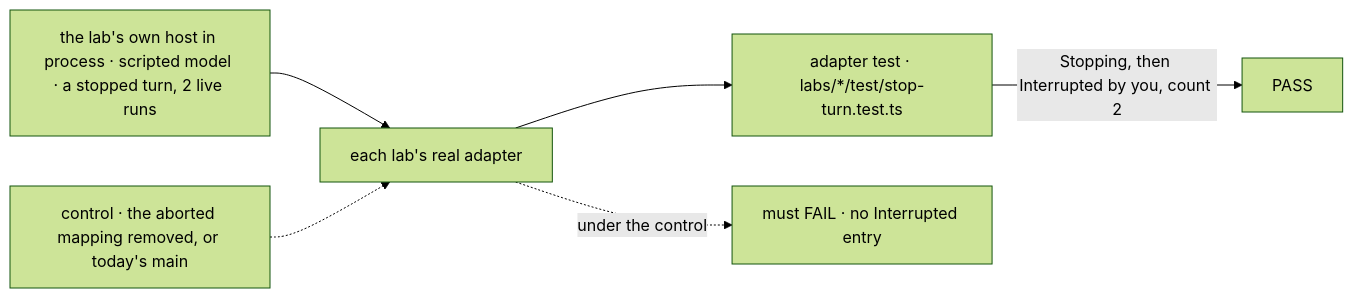
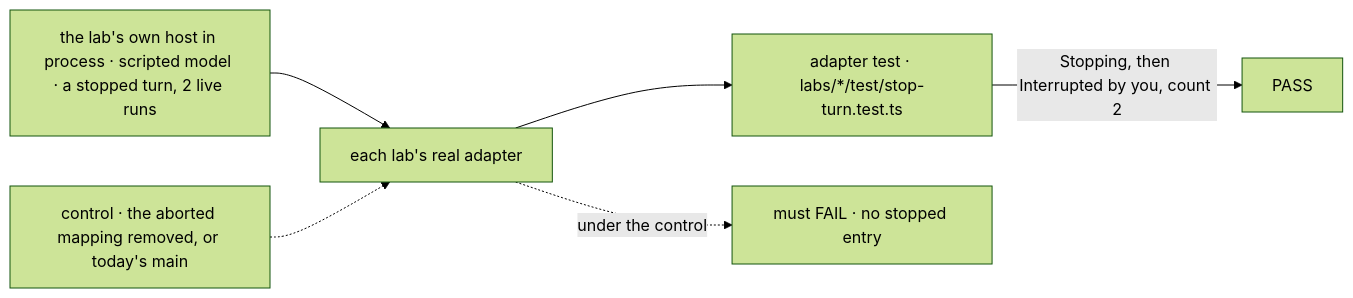
The first of 3 diagrams in specs/issues/FIX-2375/SPEC.md (fixpoint-labs/flow-state-dev), drawn with Mermaid (forest theme) before and after one commit. The commit also changed other lines of this file and 3 other files, not shown here.

````diff
--- a/specs/issues/FIX-2375/SPEC.md
+++ b/specs/issues/FIX-2375/SPEC.md
@@ -30,8 +30,8 @@
 ```mermaid
 flowchart LR
   F["the lab's own host in process · scripted model · a stopped turn, 2 live runs"] --> A["each lab's real adapter"]
   A --> T["adapter test · labs/*/test/stop-turn.test.ts"]
   T -->|"Stopping, then Interrupted by you, count 2"| P["PASS"]
   C["control · the aborted mapping removed, or today's main"] -.-> A
-  A -.->|"under the control"| X["must FAIL · no Interrupted entry"]
+  A -.->|"under the control"| X["must FAIL · no stopped entry"]
 ```
````
